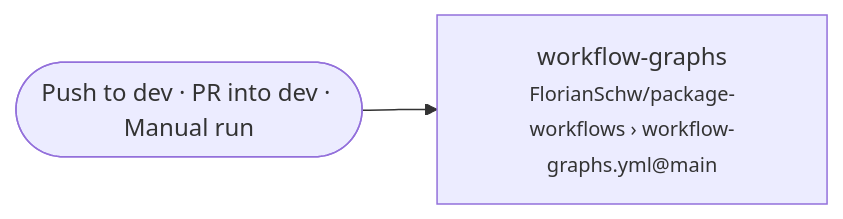
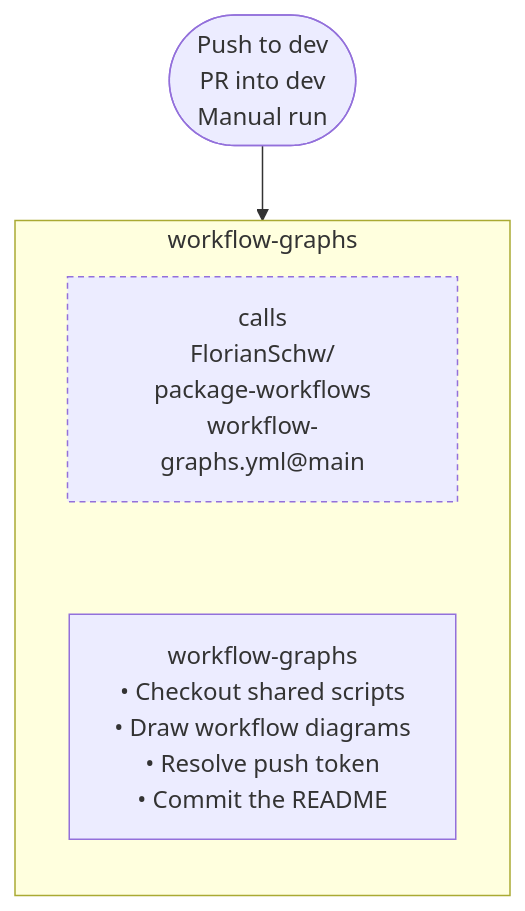
Diagram 15 of 15 in .github/workflow-graphs/README.md (nfdi4health/dsSupportClient), drawn with Mermaid before and after one commit. The commit also changed other lines of this file, not shown here.

Commit message:
docs: update workflow diagrams

````diff
--- a/.github/workflow-graphs/README.md
+++ b/.github/workflow-graphs/README.md
@@ -182,6 +365,12 @@
 ```mermaid
-flowchart LR
-  start(["Push to dev · PR into dev · Manual run"])
-  job_workflow_graphs["workflow-graphs<br/><small>FlorianSchw/package-workflows › workflow-graphs.yml@main</small>"]
+flowchart TD
+  start(["Push to dev<br/>PR into dev<br/>Manual run"])
+  subgraph job_workflow_graphs ["workflow-graphs"]
+    direction TB
+    job_workflow_graphs__ref["calls<br/>FlorianSchw/<br/>package-workflows<br/>workflow-graphs.yml@main"]:::refnote
+    job_workflow_graphs__workflow_graphs["workflow-graphs<br/>• Checkout shared scripts<br/>• Draw workflow diagrams<br/>• Resolve push token<br/>• Commit the README"]
+    job_workflow_graphs__ref ~~~ job_workflow_graphs__workflow_graphs
+  end
   start --> job_workflow_graphs
+  classDef refnote stroke-dasharray: 4 3
 ```
````
